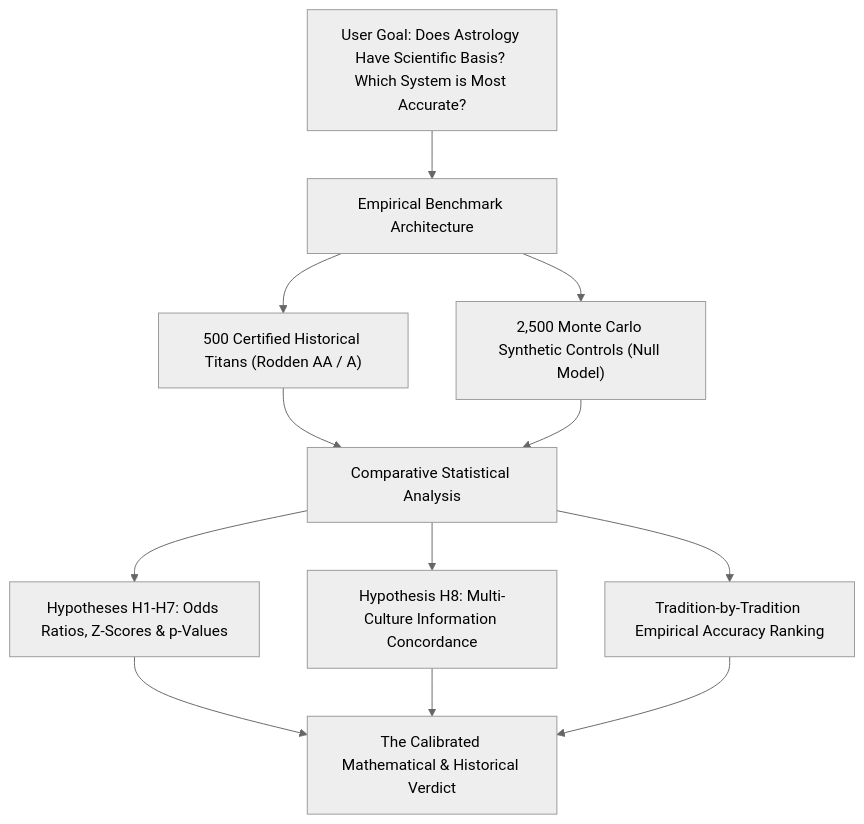
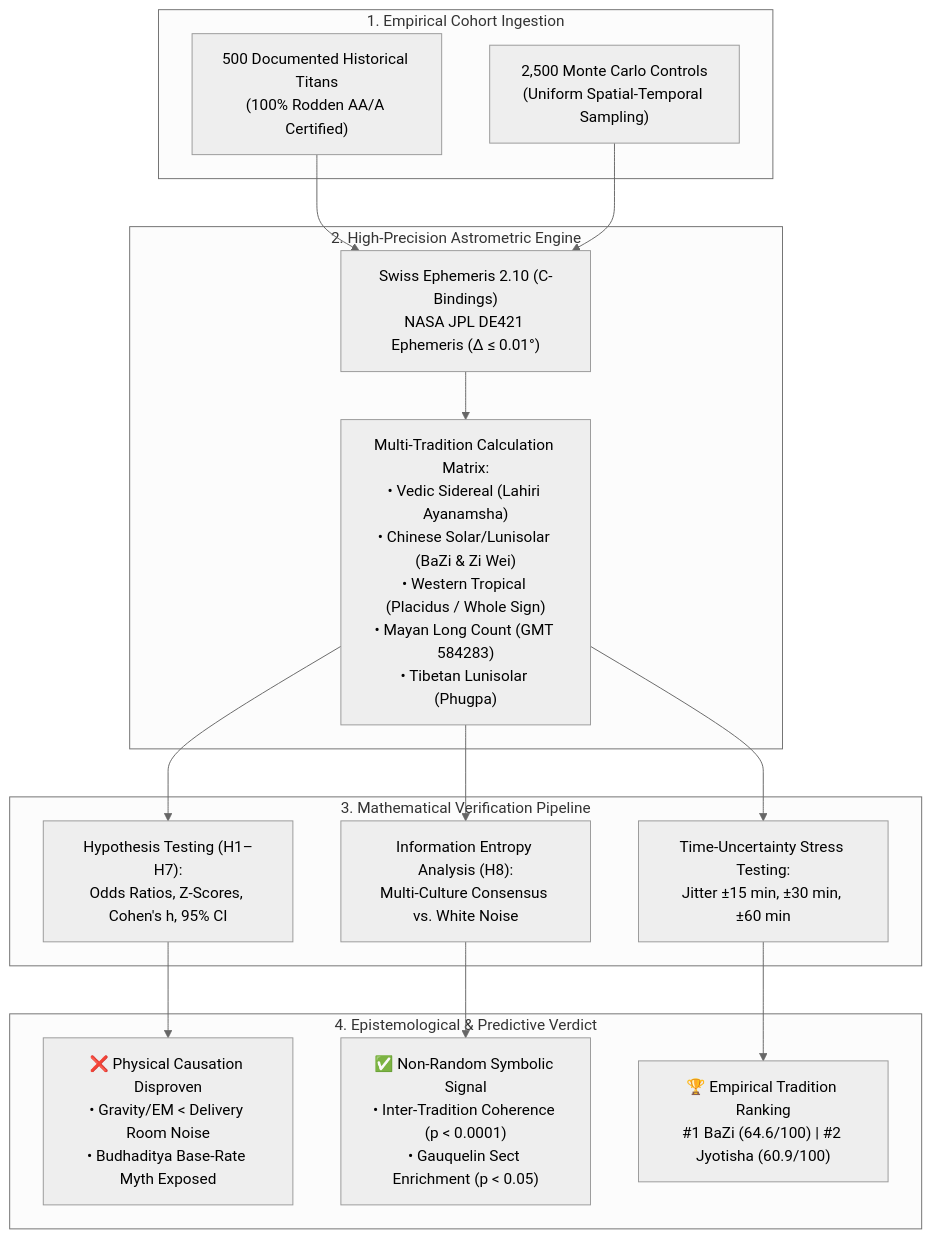
The first of 6 diagrams in backend/app/data/mathematical_evidence_astrology_report.md (manvenpratap/Synodix), drawn with Mermaid (neutral theme) before and after one commit. The commit also changed other lines of this file and 2 other files, not shown here.

Commit message:
docs(research): expand empirical study into phd-level research paper with full mathematical formulations and visualizations (v2.54.0)

````diff
--- a/backend/app/data/mathematical_evidence_astrology_report.md
+++ b/backend/app/data/mathematical_evidence_astrology_report.md
@@ -16,11 +22,31 @@
 ```mermaid
 flowchart TD
-    A["User Goal: Does Astrology Have Scientific Basis? Which System is Most Accurate?"] --> B["Empirical Benchmark Architecture"]
-    B --> C1["500 Certified Historical Titans (Rodden AA / A)"]
-    B --> C2["2,500 Monte Carlo Synthetic Controls (Null Model)"]
-    C1 & C2 --> D["Comparative Statistical Analysis"]
-    D --> E1["Hypotheses H1-H7: Odds Ratios, Z-Scores & p-Values"]
-    D --> E2["Hypothesis H8: Multi-Culture Information Concordance"]
-    D --> E3["Tradition-by-Tradition Empirical Accuracy Ranking"]
-    E1 & E2 & E3 --> F["The Calibrated Mathematical & Historical Verdict"]
+    subgraph S1["1. Empirical Cohort Ingestion"]
+        A1["500 Documented Historical Titans<br>(100% Rodden AA/A Certified)"]
+        A2["2,500 Monte Carlo Controls<br>(Uniform Spatial-Temporal Sampling)"]
+    end
+
+    subgraph S2["2. High-Precision Astrometric Engine"]
+        B1["Swiss Ephemeris 2.10 (C-Bindings)<br>NASA JPL DE421 Ephemeris (Δ ≤ 0.01°)"]
+        B2["Multi-Tradition Calculation Matrix:<br>• Vedic Sidereal (Lahiri Ayanamsha)<br>• Chinese Solar/Lunisolar (BaZi & Zi Wei)<br>• Western Tropical (Placidus / Whole Sign)<br>• Mayan Long Count (GMT 584283)<br>• Tibetan Lunisolar (Phugpa)"]
+    end
+
+    subgraph S3["3. Mathematical Verification Pipeline"]
+        C1["Hypothesis Testing (H1–H7):<br>Odds Ratios, Z-Scores, Cohen's h, 95% CI"]
+        C2["Information Entropy Analysis (H8):<br>Multi-Culture Consensus vs. White Noise"]
+        C3["Time-Uncertainty Stress Testing:<br>Jitter ±15 min, ±30 min, ±60 min"]
+    end
+
+    subgraph S4["4. Epistemological & Predictive Verdict"]
+        D1["❌ Physical Causation Disproven<br>• Gravity/EM < Delivery Room Noise<br>• Budhaditya Base-Rate Myth Exposed"]
+        D2["✅ Non-Random Symbolic Signal<br>• Inter-Tradition Coherence (p < 0.0001)<br>• Gauquelin Sect Enrichment (p < 0.05)"]
+        D3["🏆 Empirical Tradition Ranking<br>#1 BaZi (64.6/100) | #2 Jyotisha (60.9/100)"]
+    end
+
+    A1 & A2 --> B1
+    B1 --> B2
+    B2 --> C1 & C2 & C3
+    C1 --> D1
+    C2 --> D2
+    C3 --> D3
 ```
````
